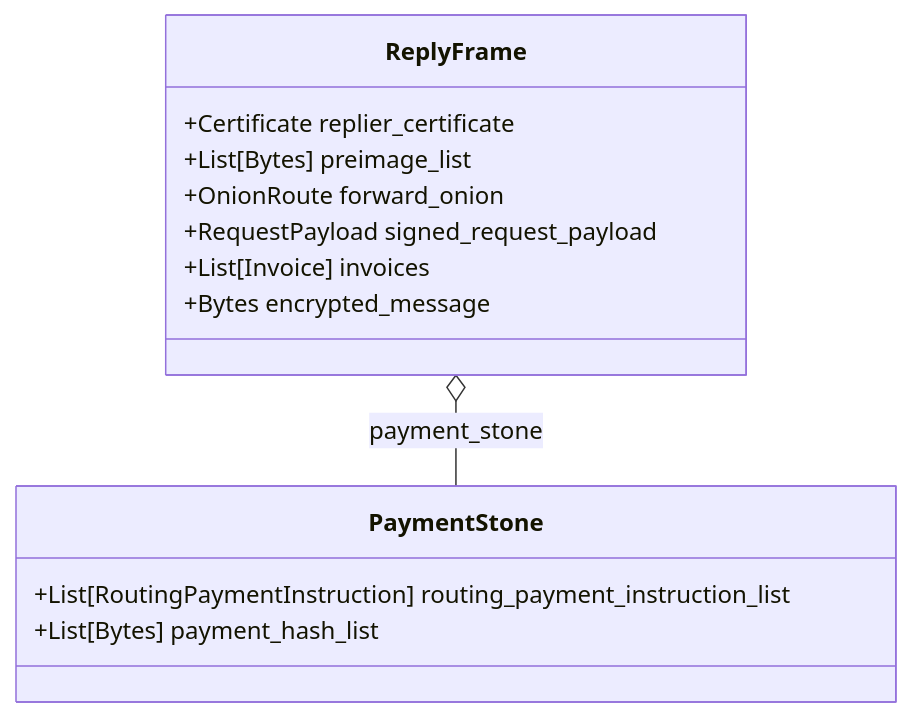
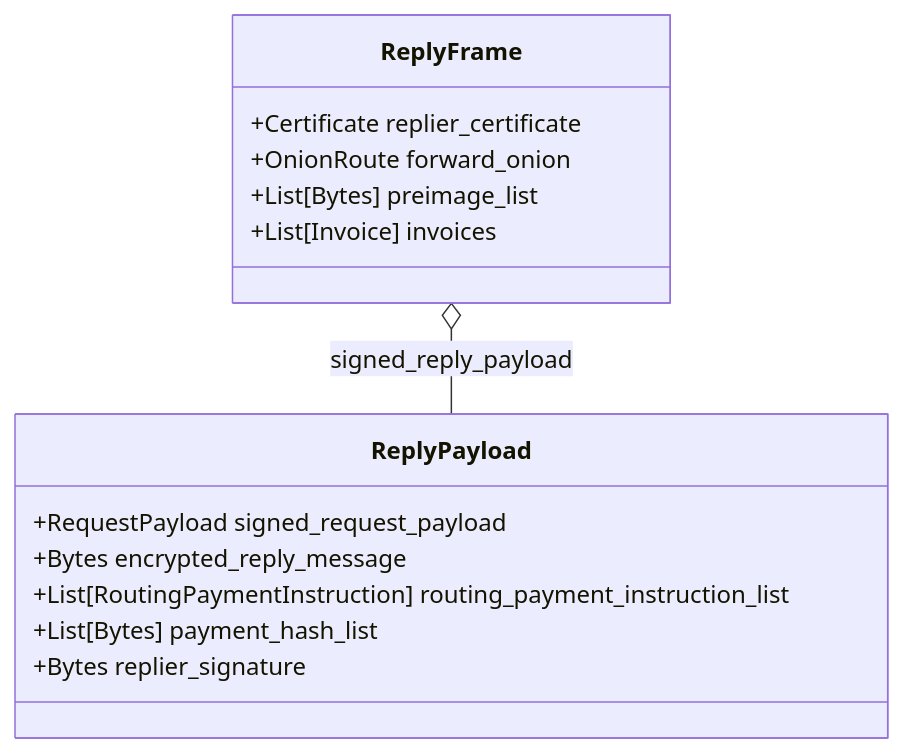
One commit to DontTrustVerifyOrg/gig-gossip changed the ninth of 9 diagrams in whitepaper/protocol.md. Above: the diagram before and after it, drawn with Mermaid. The commit also changed other lines of this file and 1 other file, not shown here.

````diff
--- a/whitepaper/protocol.md
+++ b/whitepaper/protocol.md
@@ -251,16 +251,17 @@
 ```mermaid
 classDiagram
-    class PaymentStone{
+    class ReplyPayload{
+        +RequestPayload signed_request_payload
+        +Bytes encrypted_reply_message
         +List[RoutingPaymentInstruction] routing_payment_instruction_list
         +List[Bytes] payment_hash_list
+        +Bytes replier_signature
     }
     class ReplyFrame{
         +Certificate replier_certificate
+        +OnionRoute forward_onion
         +List[Bytes] preimage_list
-        +OnionRoute forward_onion
-        +RequestPayload signed_request_payload
         +List[Invoice] invoices
-        +Bytes encrypted_message
     }
-    ReplyFrame  o--  PaymentStone : payment_stone
+    ReplyFrame  o--  ReplyPayload : signed_reply_payload
 ```
````
